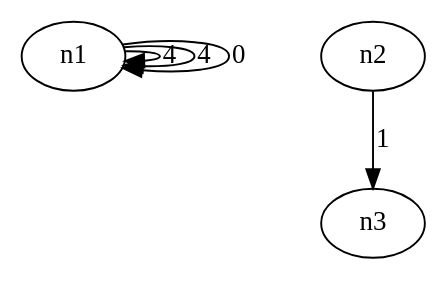
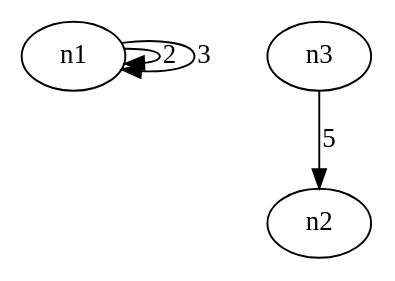
One commit to LucasLagrimante/teoriaDosGrafos changed the diagram in src/os/dot/fileS.dot. Above: the diagram before and after it, drawn with Graphviz. The commit also changed 3 other files, not shown here.

```diff
--- a/src/os/dot/fileS.dot
+++ b/src/os/dot/fileS.dot
@@ -1,6 +1,5 @@
 digraph G {
-n1->n1[label=4];
-n1->n1[label=4];
-n2->n3[label=1];
-n1->n1[label=0];
+n1->n1[label=2];
+n1->n1[label=3];
+n3->n2[label=5];
 }
```
